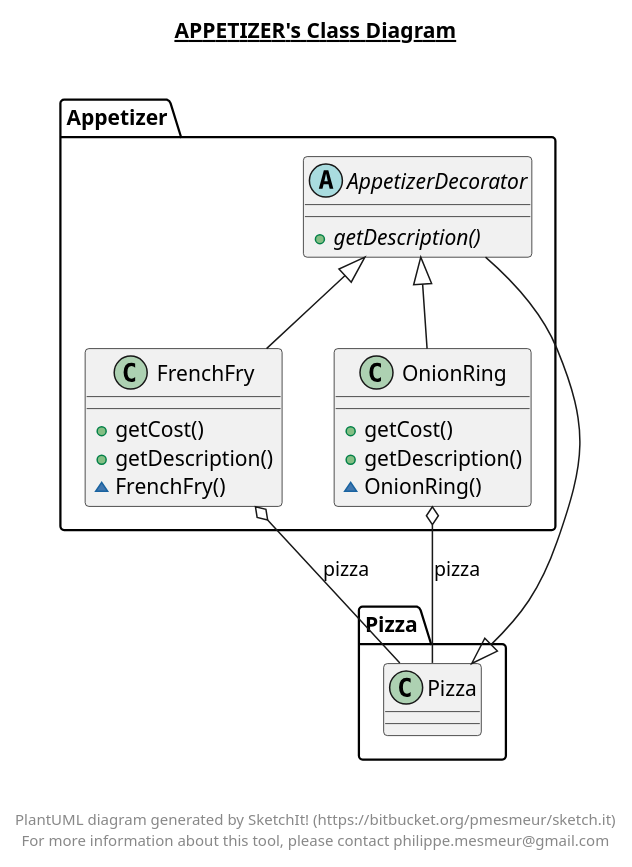
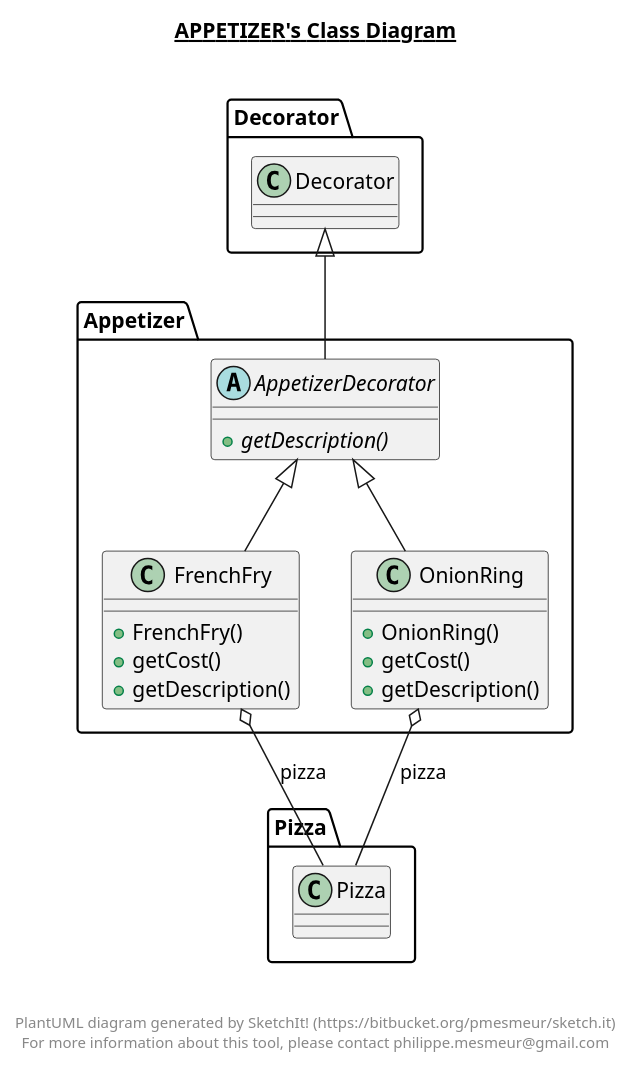
Before and after one commit to zarif98sjs/CSE-308-Software-Engineering: the diagram in Offline 3/Problem 2/out/production/Problem 2/Appetizer/Appetizer.plantuml, drawn with PlantUML. The commit also changed 16 other files, not shown here.

```diff
--- a/Offline 3/Problem 2/out/production/Problem 2/Appetizer/Appetizer.plantuml
+++ b/Offline 3/Problem 2/out/production/Problem 2/Appetizer/Appetizer.plantuml
@@ -1,44 +1,44 @@
 @startuml
 
 title __APPETIZER's Class Diagram__\n
 
   namespace Appetizer {
     abstract class Appetizer.AppetizerDecorator {
         {abstract} + getDescription()
     }
   }
   
 
   namespace Appetizer {
     class Appetizer.FrenchFry {
+        + FrenchFry()
         + getCost()
         + getDescription()
-        ~ FrenchFry()
     }
   }
   
 
   namespace Appetizer {
     class Appetizer.OnionRing {
+        + OnionRing()
         + getCost()
         + getDescription()
-        ~ OnionRing()
     }
   }
   
 
-  Appetizer.AppetizerDecorator -up-|> Pizza.Pizza
+  Appetizer.AppetizerDecorator -up-|> Decorator.Decorator
   Appetizer.FrenchFry -up-|> Appetizer.AppetizerDecorator
   Appetizer.FrenchFry o-- Pizza.Pizza : pizza
   Appetizer.OnionRing -up-|> Appetizer.AppetizerDecorator
   Appetizer.OnionRing o-- Pizza.Pizza : pizza
 
 
 right footer
 
 
 PlantUML diagram generated by SketchIt! (https://bitbucket.org/pmesmeur/sketch.it)
 For more information about this tool, please contact philippe.mesmeur@gmail.com
 endfooter
 
 @enduml
```
